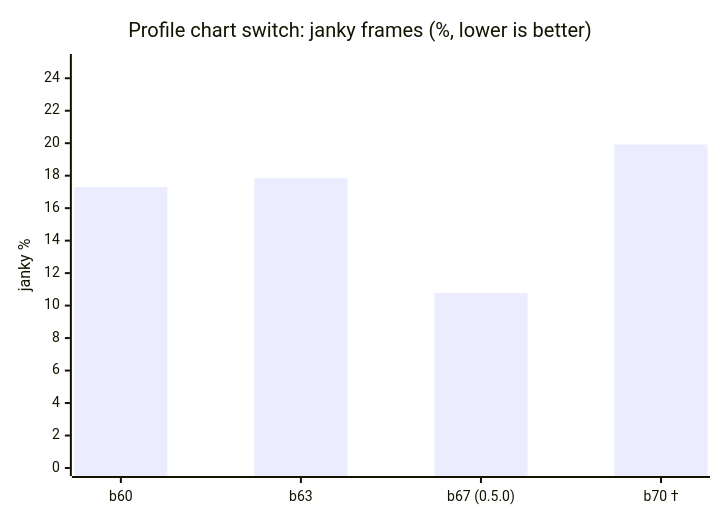
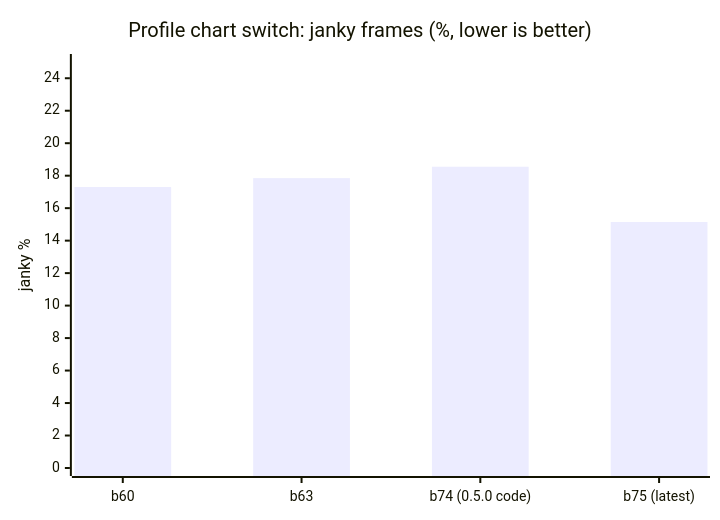
Before and after one commit to faiz03-glicth/teras-releases: the second of 3 diagrams in performance/README.md, drawn with Mermaid. The commit also changed other lines of this file and 3 other files, not shown here.

Commit message:
Performance page: the cool-phone test of 0.5.0's code against the latest, and a correction to the chart switch figure

````diff
--- a/performance/README.md
+++ b/performance/README.md
@@ -63,7 +61,7 @@
 ```mermaid
 xychart-beta
   title "Profile chart switch: janky frames (%, lower is better)"
-  x-axis ["b60", "b63", "b67 (0.5.0)", "b70 †"]
+  x-axis ["b60", "b63", "b74 (0.5.0 code)", "b75 (latest)"]
   y-axis "janky %" 0 --> 25
-  bar [17.3, 17.85, 10.77, 19.92]
+  bar [17.3, 17.85, 18.55, 15.15]
 ```
````
